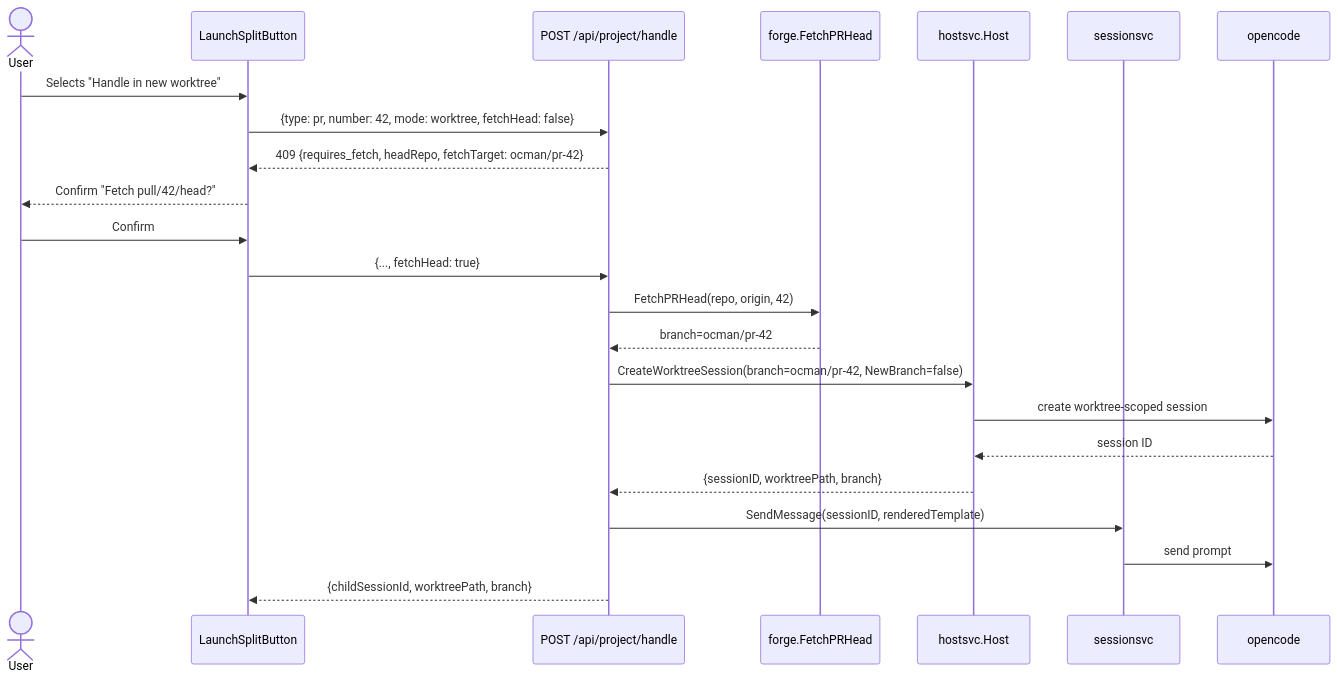
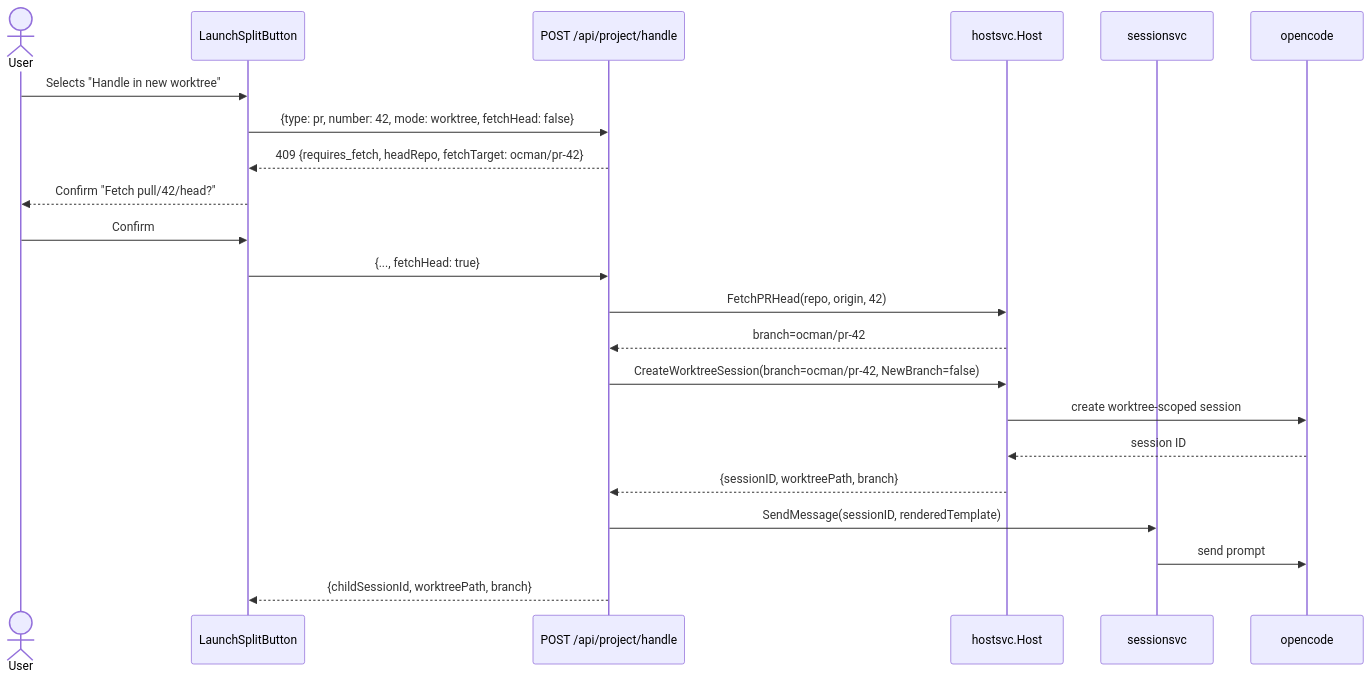
Before and after one commit to ocman/ocman: the sixth of 7 diagrams in spec/pr-issue-sidebar/architecture.md, drawn with Mermaid. The commit also changed other lines of this file and 62 other files, not shown here.

````diff
--- a/spec/pr-issue-sidebar/architecture.md
+++ b/spec/pr-issue-sidebar/architecture.md
@@ -827,26 +816,25 @@
 ```mermaid
 sequenceDiagram
     actor User
     participant FE as LaunchSplitButton
     participant H as POST /api/project/handle
-    participant F as forge.FetchPRHead
     participant Host as hostsvc.Host
     participant SS as sessionsvc
     participant OC as opencode
 
     User->>FE: Selects "Handle in new worktree"
     FE->>H: {type: pr, number: 42, mode: worktree, fetchHead: false}
     H-->>FE: 409 {requires_fetch, headRepo, fetchTarget: ocman/pr-42}
     FE-->>User: Confirm "Fetch pull/42/head?"
     User->>FE: Confirm
     FE->>H: {..., fetchHead: true}
-    H->>F: FetchPRHead(repo, origin, 42)
-    F-->>H: branch=ocman/pr-42
+    H->>Host: FetchPRHead(repo, origin, 42)
+    Host-->>H: branch=ocman/pr-42
     H->>Host: CreateWorktreeSession(branch=ocman/pr-42, NewBranch=false)
     Host->>OC: create worktree-scoped session
     OC-->>Host: session ID
     Host-->>H: {sessionID, worktreePath, branch}
     H->>SS: SendMessage(sessionID, renderedTemplate)
     SS->>OC: send prompt
     H-->>FE: {childSessionId, worktreePath, branch}
 ```
````
